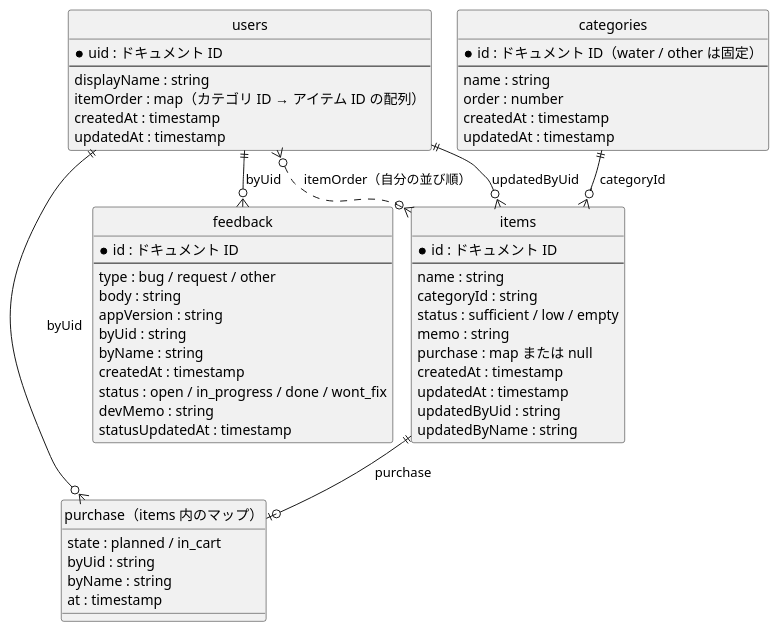
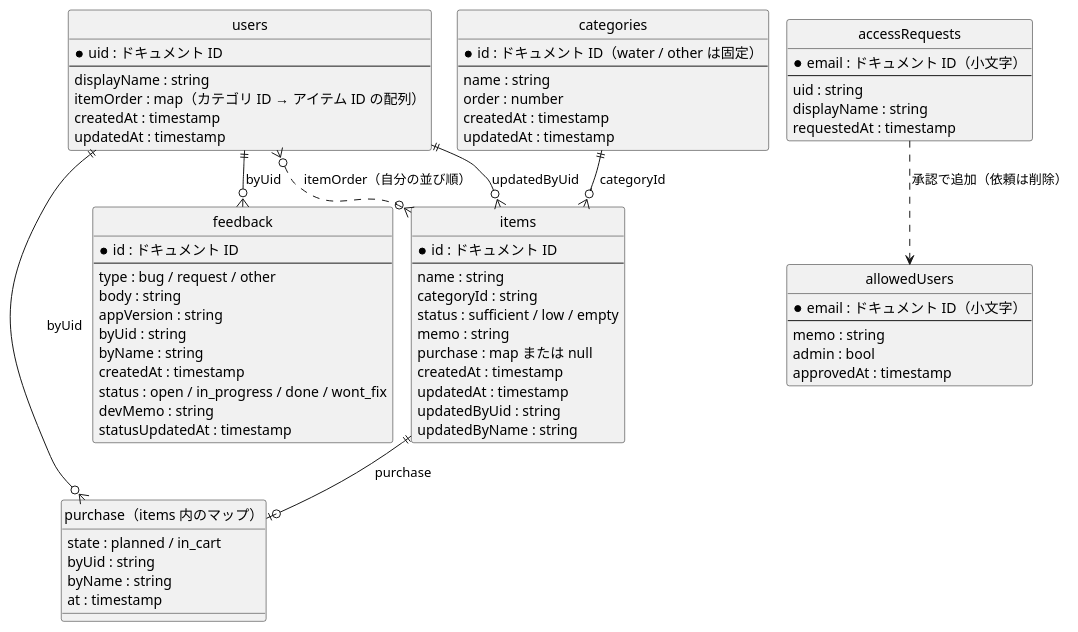
The diagram in design/data/diagrams/er.puml (LASC-SINCE2015/LivingManager), drawn with PlantUML before and after one commit. The commit also changed 45 other files, not shown here.

```diff
--- a/design/data/diagrams/er.puml
+++ b/design/data/diagrams/er.puml
@@ -1,66 +1,83 @@
 @startuml er
 !pragma layout smetana
 ' Firestore のコレクションの関係（ER 図）。purchase は items の中のマップ
 skinparam defaultFontName "Meiryo"
 hide circle
 
 entity "users" as users {
   * uid : ドキュメント ID
   --
   displayName : string
   itemOrder : map（カテゴリ ID → アイテム ID の配列）
   createdAt : timestamp
   updatedAt : timestamp
 }
 
 entity "categories" as categories {
   * id : ドキュメント ID（water / other は固定）
   --
   name : string
   order : number
   createdAt : timestamp
   updatedAt : timestamp
 }
 
 entity "items" as items {
   * id : ドキュメント ID
   --
   name : string
   categoryId : string
   status : sufficient / low / empty
   memo : string
   purchase : map または null
   createdAt : timestamp
   updatedAt : timestamp
   updatedByUid : string
   updatedByName : string
 }
 
 entity "purchase（items 内のマップ）" as purchase {
   state : planned / in_cart
   byUid : string
   byName : string
   at : timestamp
 }
 
 entity "feedback" as feedback {
   * id : ドキュメント ID
   --
   type : bug / request / other
   body : string
   appVersion : string
   byUid : string
   byName : string
   createdAt : timestamp
   status : open / in_progress / done / wont_fix
   devMemo : string
   statusUpdatedAt : timestamp
 }
 
+entity "allowedUsers" as allowedUsers {
+  * email : ドキュメント ID（小文字）
+  --
+  memo : string
+  admin : bool
+  approvedAt : timestamp
+}
+
+entity "accessRequests" as accessRequests {
+  * email : ドキュメント ID（小文字）
+  --
+  uid : string
+  displayName : string
+  requestedAt : timestamp
+}
+
 categories ||--o{ items : categoryId
+accessRequests ..> allowedUsers : 承認で追加（依頼は削除）
 users ||--o{ feedback : byUid
 users ||--o{ items : updatedByUid
 items ||--o| purchase : purchase
 users ||--o{ purchase : byUid
 users }o..o{ items : itemOrder（自分の並び順）
 @enduml
```
